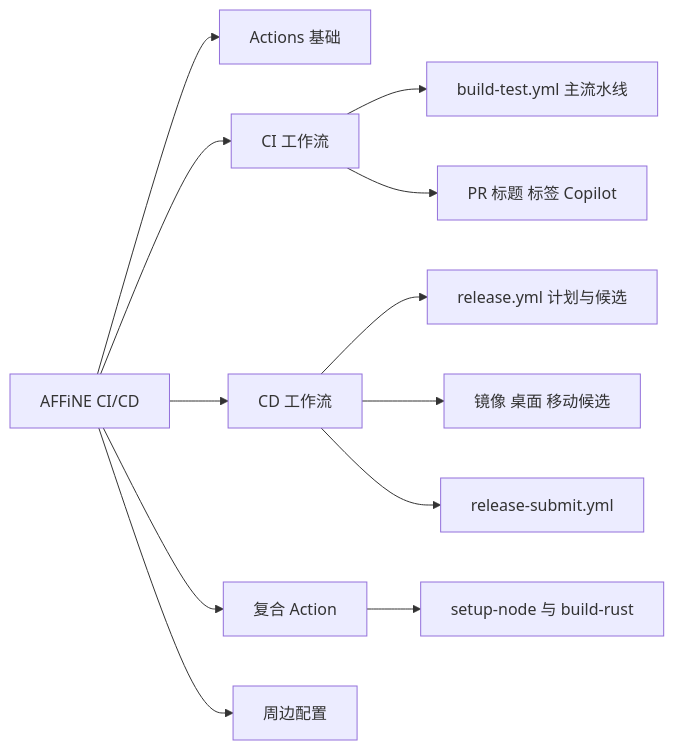
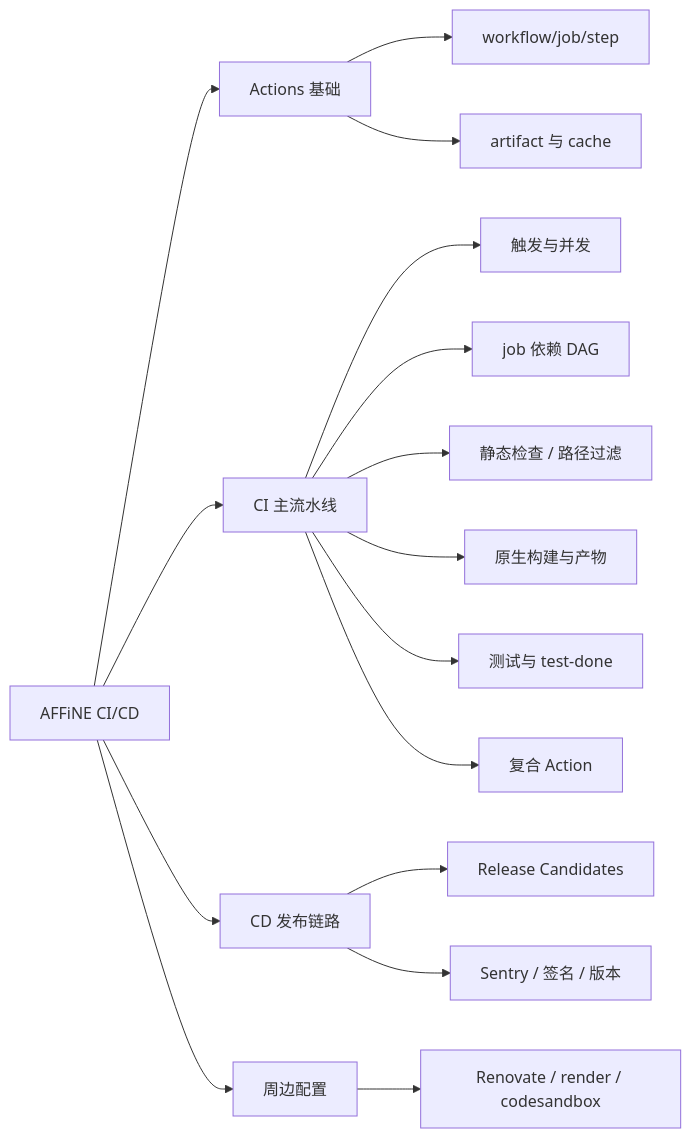
One commit to lfire/AFFiNE changed the first of 5 diagrams in learning-guide/slides/decks/26.md. Above: the diagram before and after it, drawn with Mermaid. The commit also changed other lines of this file and 46 other files, not shown here.

````diff
--- a/learning-guide/slides/decks/26.md
+++ b/learning-guide/slides/decks/26.md
@@ -42,14 +33,18 @@
 ```mermaid
 flowchart LR
-  R["AFFiNE CI/CD"] --> B[Actions 基础]
-  R --> CI[CI 工作流]
-  R --> CD[CD 工作流]
-  R --> CA[复合 Action]
-  R --> PE[周边配置]
-  CI --> BT["build-test.yml 主流水线"]
-  CI --> PR[PR 标题 标签 Copilot]
-  CD --> RL["release.yml 计划与候选"]
-  CD --> RB[镜像 桌面 移动候选]
-  CD --> RS["release-submit.yml"]
-  CA --> SN["setup-node 与 build-rust"]
+  ROOT["AFFiNE CI/CD"] --> B["Actions 基础"]
+  ROOT --> CI["CI 主流水线"]
+  ROOT --> CD["CD 发布链路"]
+  ROOT --> E["周边配置"]
+  B --> B1["workflow/job/step"]
+  B --> B2["artifact 与 cache"]
+  CI --> C1["触发与并发"]
+  CI --> C2["job 依赖 DAG"]
+  CI --> C3["静态检查 / 路径过滤"]
+  CI --> C4["原生构建与产物"]
+  CI --> C5["测试与 test-done"]
+  CI --> C6["复合 Action"]
+  CD --> D1["Release Candidates"]
+  CD --> D2["Sentry / 签名 / 版本"]
+  E --> E1["Renovate / render / codesandbox"]
 ```
````
